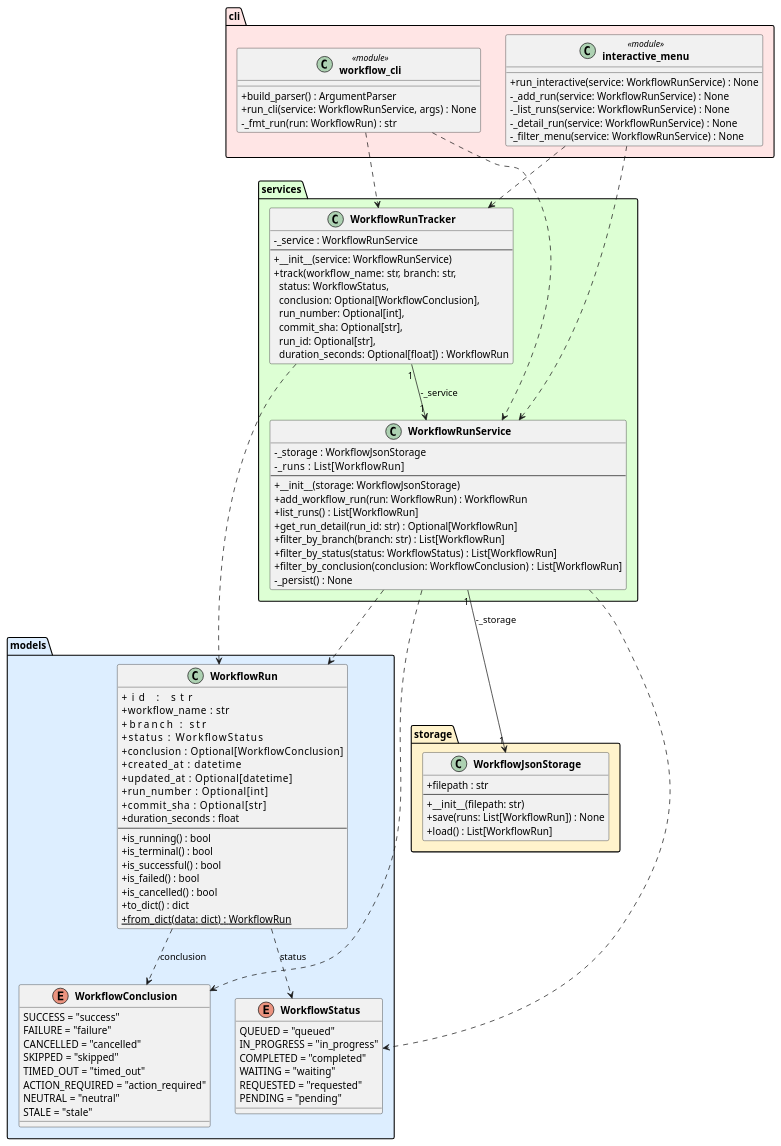
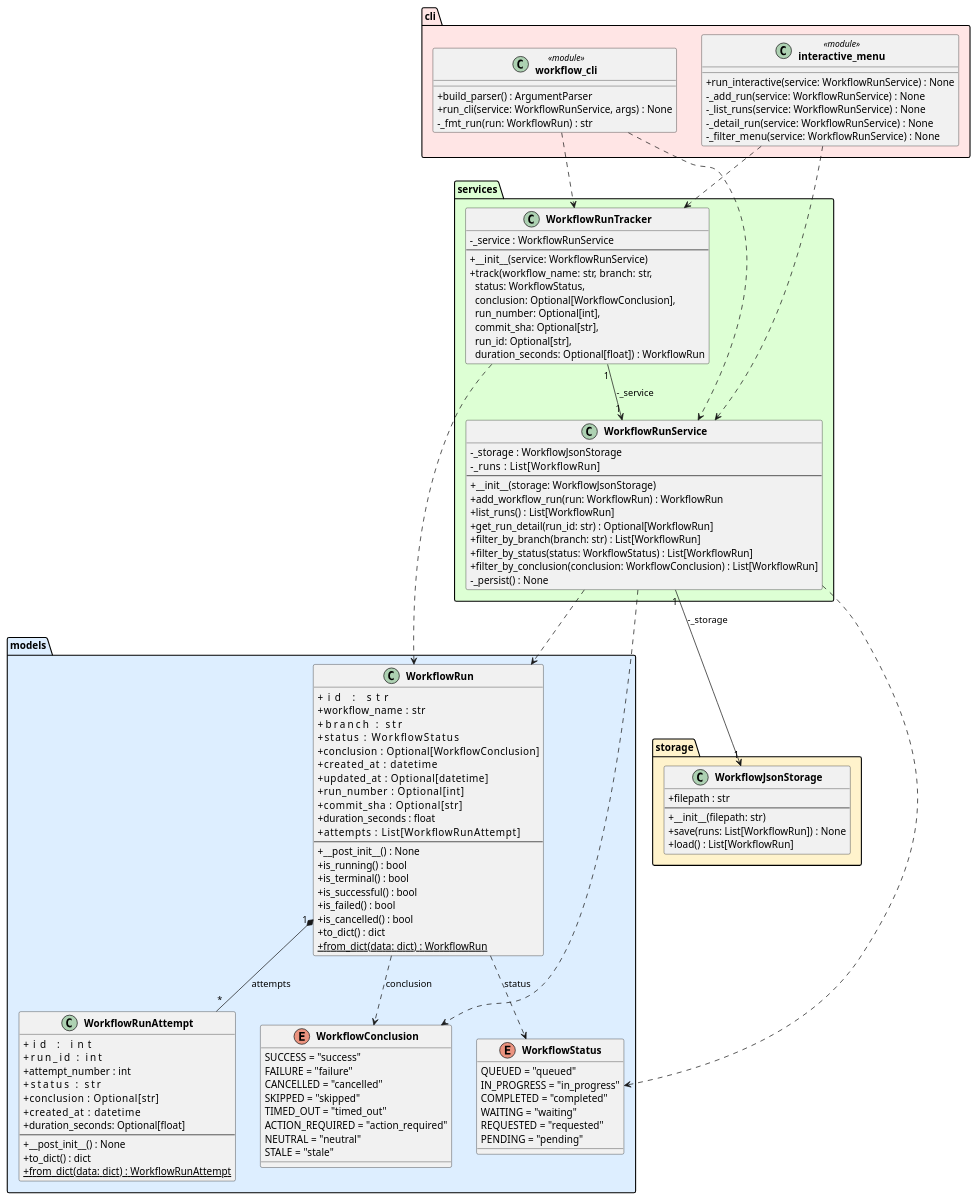
The diagram in experiments/pipeline/structured_text/github-workflow-manager/artifacts/class_diagram.puml (DanielRiha8906/Software_autoevolution_using_agents), drawn with PlantUML before and after one commit. The commit also changed 8 other files, not shown here.

```diff
--- a/experiments/pipeline/structured_text/github-workflow-manager/artifacts/class_diagram.puml
+++ b/experiments/pipeline/structured_text/github-workflow-manager/artifacts/class_diagram.puml
@@ -1,111 +1,128 @@
 @startuml class_diagram
 
 skinparam classAttributeIconSize 0
 skinparam classFontStyle bold
 
 package "models" #DDEEFF {
     enum WorkflowStatus {
         QUEUED = "queued"
         IN_PROGRESS = "in_progress"
         COMPLETED = "completed"
         WAITING = "waiting"
         REQUESTED = "requested"
         PENDING = "pending"
     }
 
     enum WorkflowConclusion {
         SUCCESS = "success"
         FAILURE = "failure"
         CANCELLED = "cancelled"
         SKIPPED = "skipped"
         TIMED_OUT = "timed_out"
         ACTION_REQUIRED = "action_required"
         NEUTRAL = "neutral"
         STALE = "stale"
     }
 
     class WorkflowRun {
         +id               : str
         +workflow_name    : str
         +branch           : str
         +status           : WorkflowStatus
         +conclusion       : Optional[WorkflowConclusion]
         +created_at       : datetime
         +updated_at       : Optional[datetime]
         +run_number       : Optional[int]
         +commit_sha       : Optional[str]
         +duration_seconds : float
+        +attempts          : List[WorkflowRunAttempt]
         --
+        +__post_init__() : None
         +is_running() : bool
         +is_terminal() : bool
         +is_successful() : bool
         +is_failed() : bool
         +is_cancelled() : bool
         +to_dict() : dict
         +{static} from_dict(data: dict) : WorkflowRun
+    }
+
+    class WorkflowRunAttempt {
+        +id              : int
+        +run_id          : int
+        +attempt_number  : int
+        +status          : str
+        +conclusion      : Optional[str]
+        +created_at      : datetime
+        +duration_seconds: Optional[float]
+        --
+        +__post_init__() : None
+        +to_dict() : dict
+        +{static} from_dict(data: dict) : WorkflowRunAttempt
     }
 }
 
 package "storage" #FFF3CC {
     class WorkflowJsonStorage {
         +filepath : str
         --
         +__init__(filepath: str)
         +save(runs: List[WorkflowRun]) : None
         +load() : List[WorkflowRun]
     }
 }
 
 package "services" #DDFFD4 {
     class WorkflowRunService {
         -_storage : WorkflowJsonStorage
         -_runs    : List[WorkflowRun]
         --
         +__init__(storage: WorkflowJsonStorage)
         +add_workflow_run(run: WorkflowRun) : WorkflowRun
         +list_runs() : List[WorkflowRun]
         +get_run_detail(run_id: str) : Optional[WorkflowRun]
         +filter_by_branch(branch: str) : List[WorkflowRun]
         +filter_by_status(status: WorkflowStatus) : List[WorkflowRun]
         +filter_by_conclusion(conclusion: WorkflowConclusion) : List[WorkflowRun]
         -_persist() : None
     }
 
     class WorkflowRunTracker {
         -_service : WorkflowRunService
         --
         +__init__(service: WorkflowRunService)
         +track(workflow_name: str, branch: str,\n  status: WorkflowStatus,\n  conclusion: Optional[WorkflowConclusion],\n  run_number: Optional[int],\n  commit_sha: Optional[str],\n  run_id: Optional[str],\n  duration_seconds: Optional[float]) : WorkflowRun
     }
 }
 
 package "cli" #FFE5E5 {
     class "workflow_cli" <<module>> {
         +build_parser() : ArgumentParser
         +run_cli(service: WorkflowRunService, args) : None
         -_fmt_run(run: WorkflowRun) : str
     }
 
     class "interactive_menu" <<module>> {
         +run_interactive(service: WorkflowRunService) : None
         -_add_run(service: WorkflowRunService) : None
         -_list_runs(service: WorkflowRunService) : None
         -_detail_run(service: WorkflowRunService) : None
         -_filter_menu(service: WorkflowRunService) : None
     }
 }
 
 WorkflowRun                ..>  WorkflowStatus        : status
 WorkflowRun                ..>  WorkflowConclusion    : conclusion
+WorkflowRun          "1" *-- "*" WorkflowRunAttempt   : attempts
 WorkflowRunService    "1" --> "1" WorkflowJsonStorage : -_storage
 WorkflowRunService         ..>  WorkflowRun
 WorkflowRunService         ..>  WorkflowStatus
 WorkflowRunService         ..>  WorkflowConclusion
 WorkflowRunTracker    "1" --> "1" WorkflowRunService  : -_service
 WorkflowRunTracker         ..>  WorkflowRun
 "workflow_cli"             ..>  WorkflowRunService
 "workflow_cli"             ..>  WorkflowRunTracker
 "interactive_menu"         ..>  WorkflowRunService
 "interactive_menu"         ..>  WorkflowRunTracker
 
 @enduml
```
